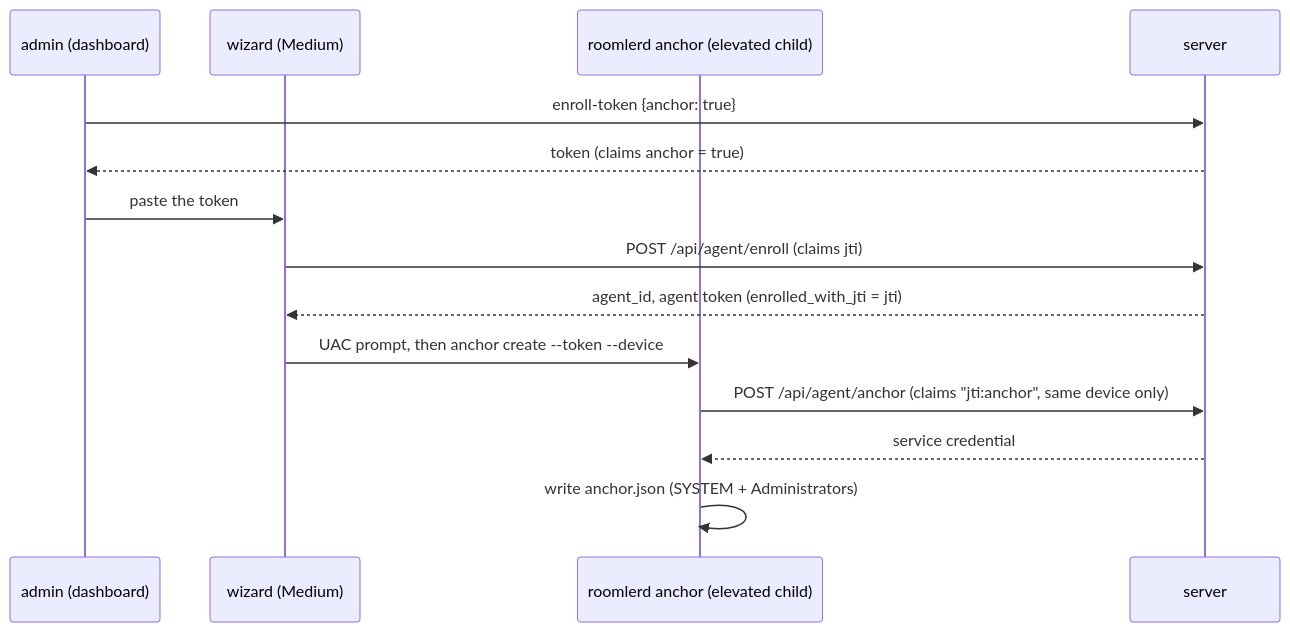
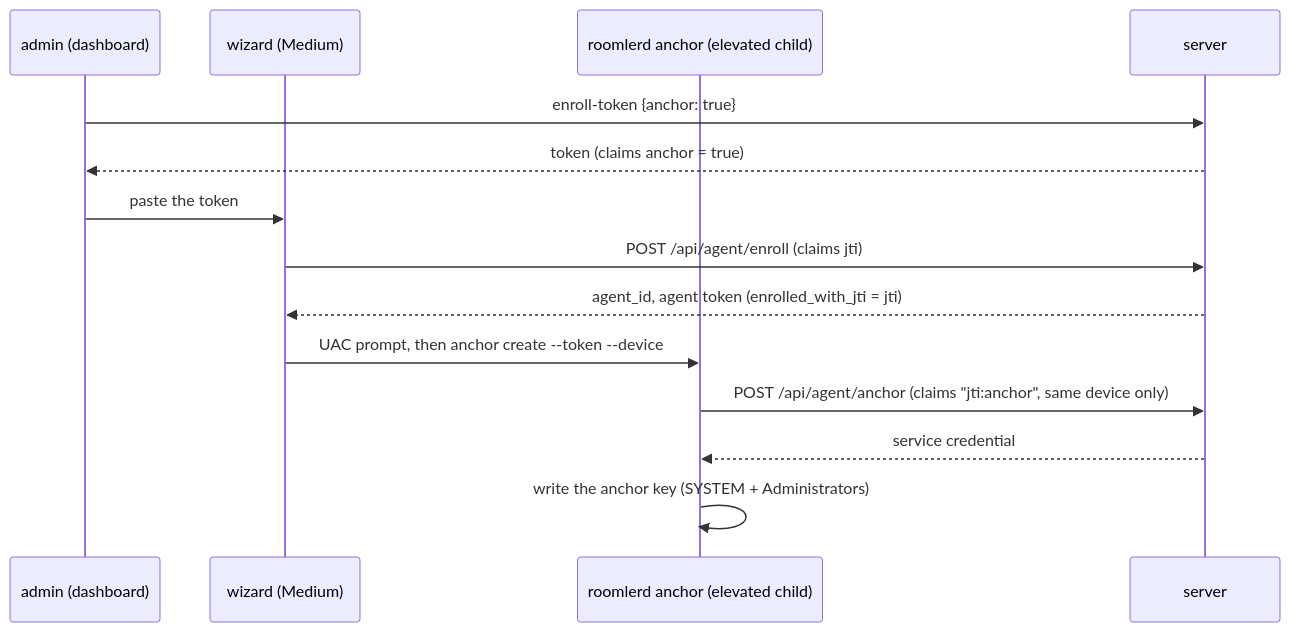
One commit to gjovanov/roomler-ai changed the diagram in docs/fr/FR-104-wizard-anchors-windows-devices.md. Above: the diagram before and after it, drawn with Mermaid. The commit also changed 9 other files, not shown here.

First line of the commit message:
docs: where the SYSTEM service's anchor lives, the one-time copy, and rollback (#3737)

````diff
--- a/docs/fr/FR-104-wizard-anchors-windows-devices.md
+++ b/docs/fr/FR-104-wizard-anchors-windows-devices.md
@@ -68,16 +68,16 @@
 ```mermaid
 sequenceDiagram
   participant A as admin (dashboard)
   participant W as wizard (Medium)
   participant E as roomlerd anchor (elevated child)
   participant S as server
   A->>S: enroll-token {anchor: true}
   S-->>A: token (claims anchor = true)
   A->>W: paste the token
   W->>S: POST /api/agent/enroll (claims jti)
   S-->>W: agent_id, agent token (enrolled_with_jti = jti)
   W->>E: UAC prompt, then anchor create --token --device
   E->>S: POST /api/agent/anchor (claims "jti:anchor", same device only)
   S-->>E: service credential
-  E->>E: write anchor.json (SYSTEM + Administrators)
+  E->>E: write the anchor key (SYSTEM + Administrators)
 ```
````
